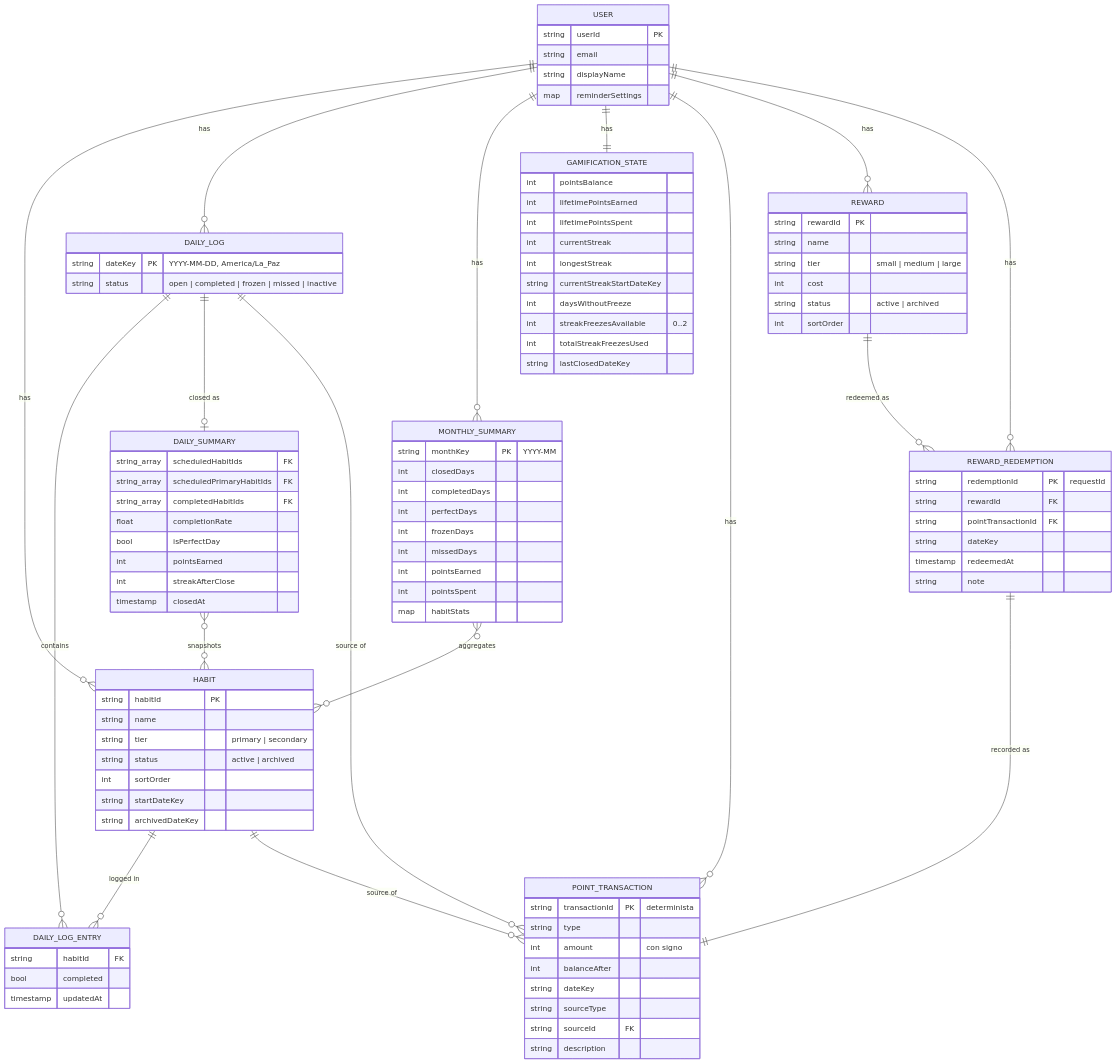
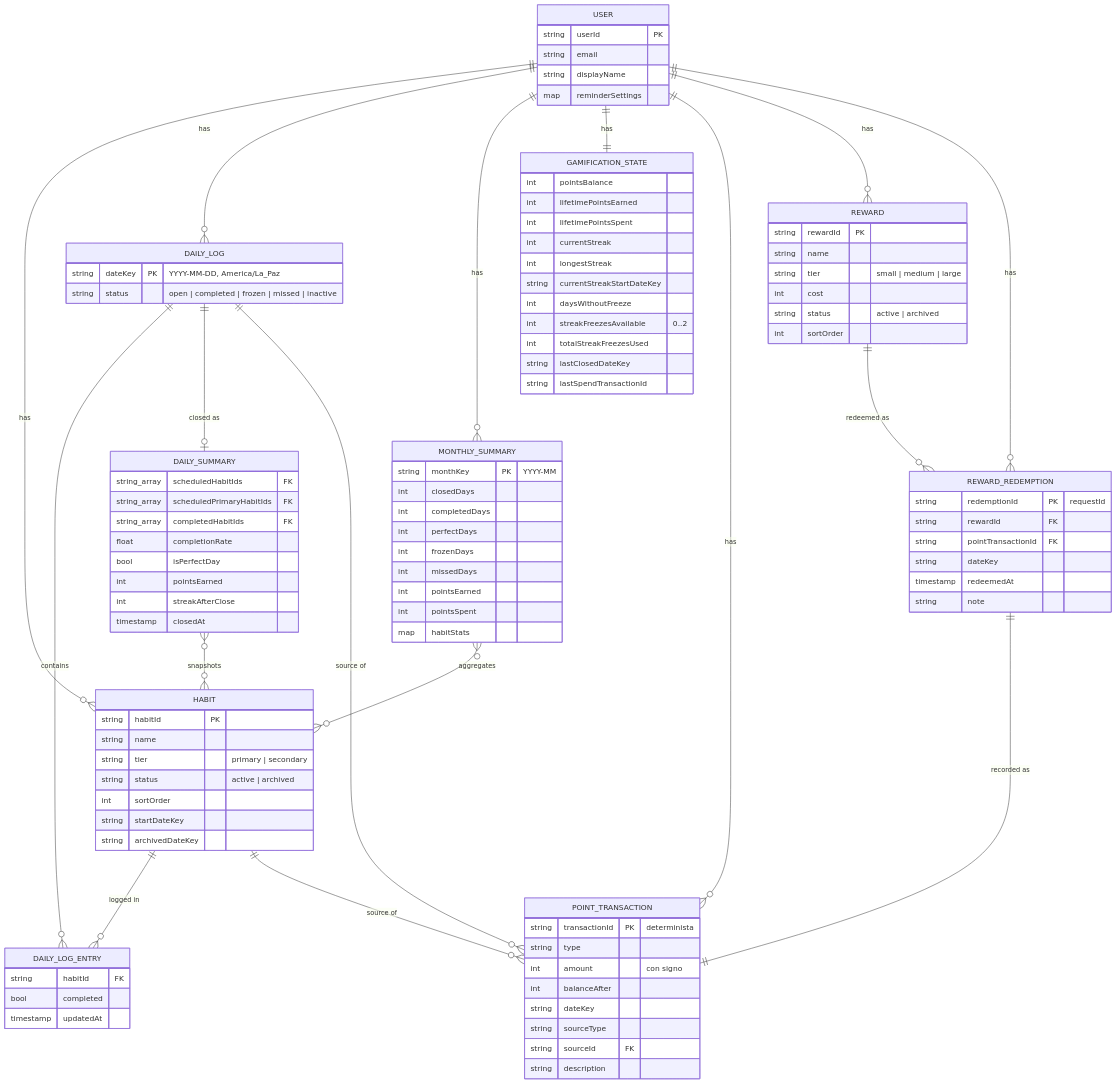
Before and after one commit to RodriC98374/ascua: the diagram in .claude/data-model.md, drawn with Mermaid. The commit also changed other lines of this file and 27 other files, not shown here.

```diff
--- a/.claude/data-model.md
+++ b/.claude/data-model.md
@@ -351,6 +354,7 @@
         int streakFreezesAvailable "0..2"
         int totalStreakFreezesUsed
         string lastClosedDateKey
+        string lastSpendTransactionId
     }
 
     POINT_TRANSACTION {
```
